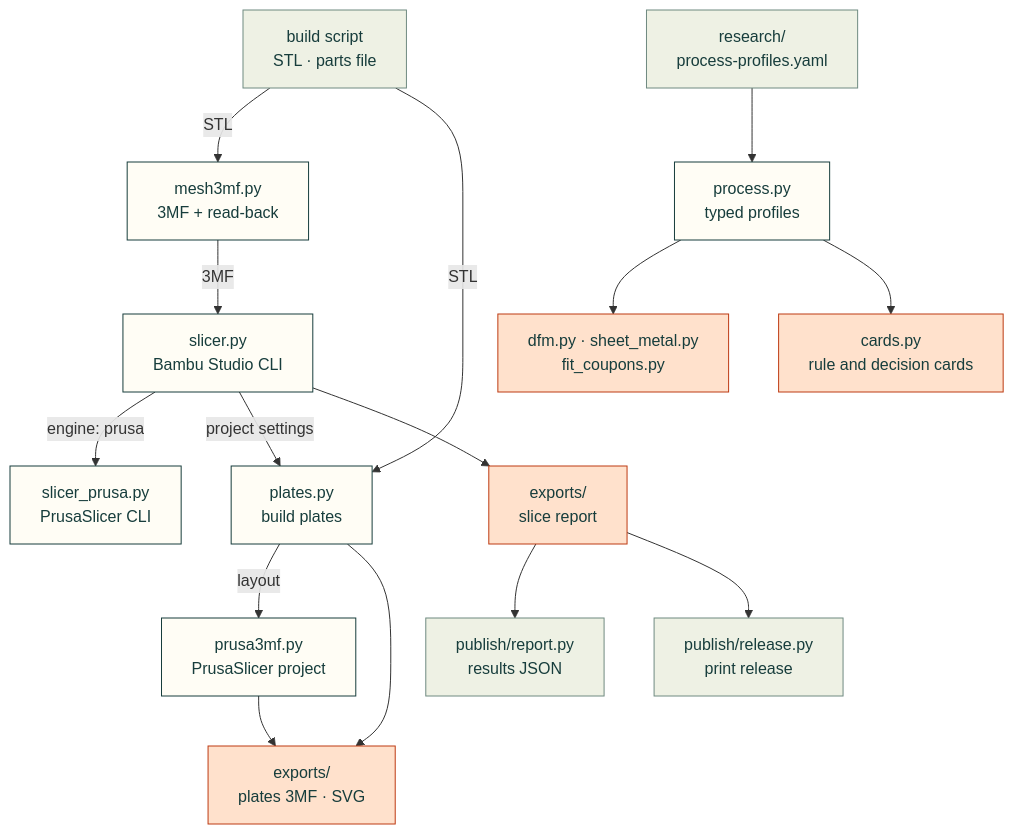
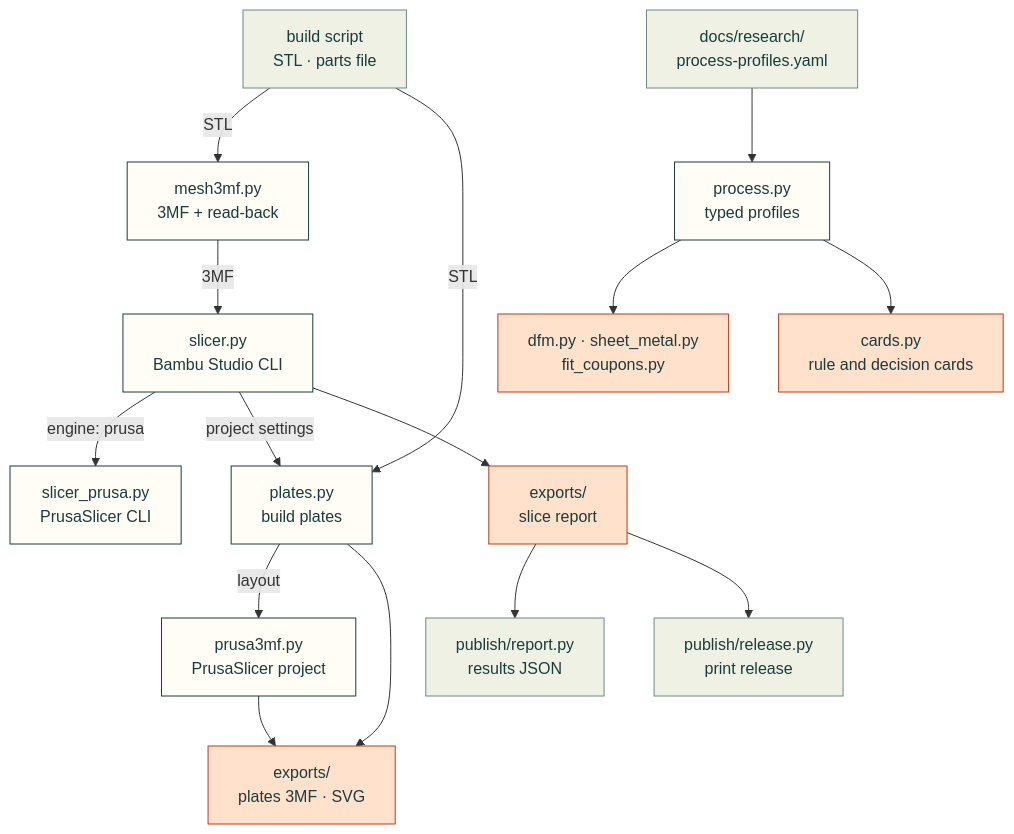
The diagram in src/cadagent/manufacturing/README.md (Valpatel/cad-agent), drawn with Mermaid before and after one commit. The commit also changed other lines of this file and 332 other files, not shown here.

````diff
--- a/src/cadagent/manufacturing/README.md
+++ b/src/cadagent/manufacturing/README.md
@@ -16,23 +16,23 @@
 ```mermaid
 flowchart TD
     B["build script<br/>STL · parts file"] -->|"STL"| M3["mesh3mf.py<br/>3MF + read-back"]
     M3 -->|"3MF"| SL["slicer.py<br/>Bambu Studio CLI"]
     SL -->|"engine: prusa"| SP["slicer_prusa.py<br/>PrusaSlicer CLI"]
     B -->|"STL"| PL["plates.py<br/>build plates"]
     SL -->|"project settings"| PL
     PL -->|"layout"| P3["prusa3mf.py<br/>PrusaSlicer project"]
     P3 --> PF
     PL --> PF["exports/<br/>plates 3MF · SVG"]
     SL --> SR["exports/<br/>slice report"]
     SR --> R["publish/report.py<br/>results JSON"]
     SR --> REL["publish/release.py<br/>print release"]
-    Y["research/<br/>process-profiles.yaml"] --> PR["process.py<br/>typed profiles"]
+    Y["docs/research/<br/>process-profiles.yaml"] --> PR["process.py<br/>typed profiles"]
     PR --> DF["dfm.py · sheet_metal.py<br/>fit_coupons.py"]
     PR --> CA["cards.py<br/>rule and decision cards"]
     classDef here fill:#fffdf5,stroke:#173d3c,color:#173d3c
     classDef near fill:#eef1e4,stroke:#6f8a80,color:#173d3c
     classDef out fill:#ffe1cc,stroke:#bd3a12,color:#173d3c
     class M3,SL,SP,PL,P3,PR here
     class B,R,REL,Y near
     class SR,PF,DF,CA out
 ```
````
